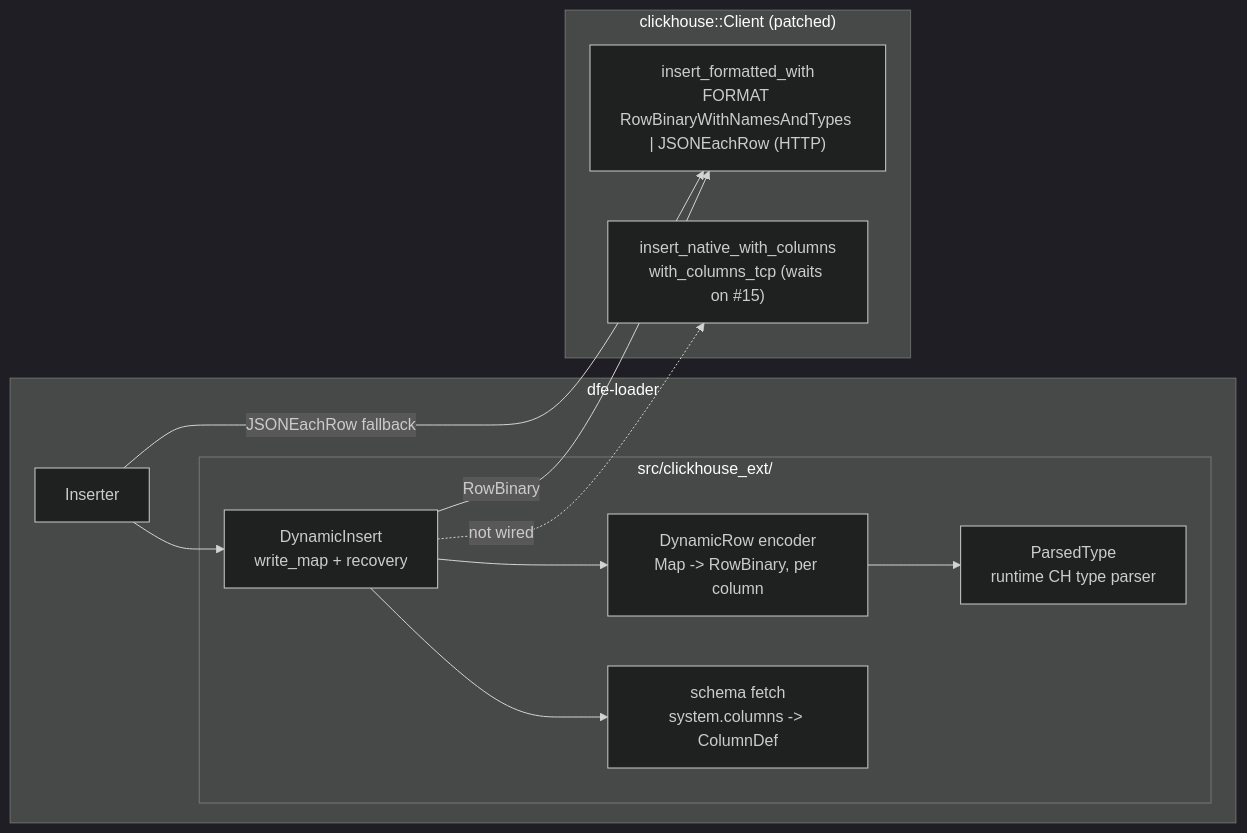
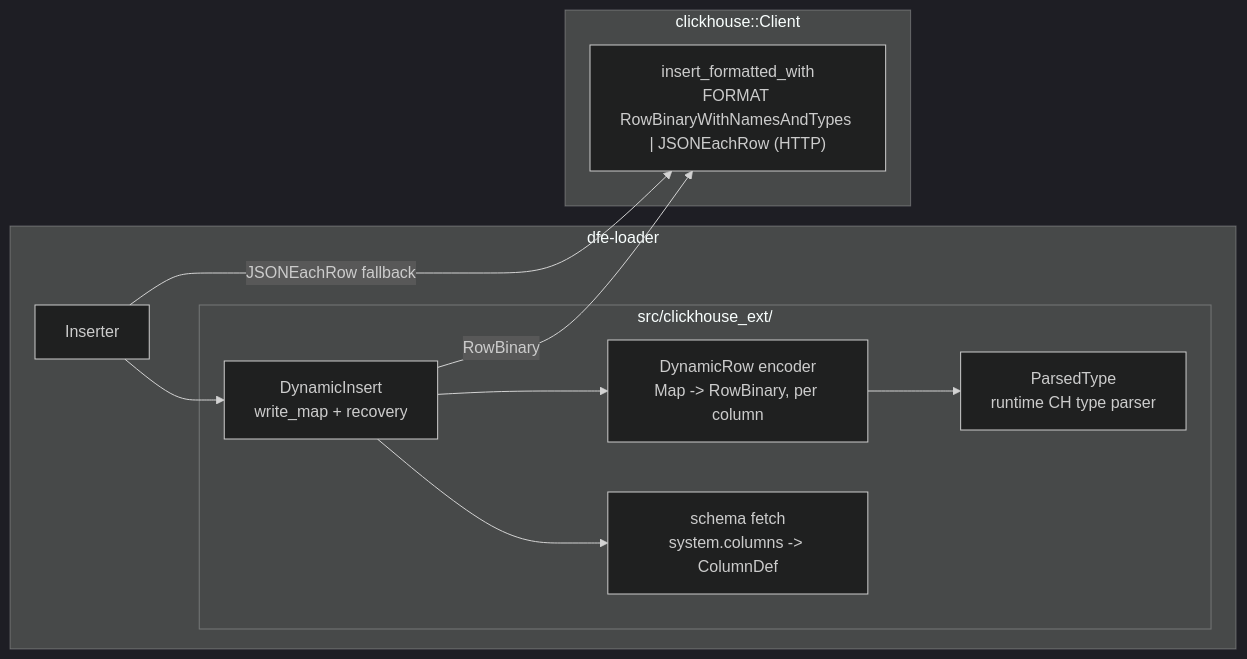
The second of 3 diagrams in docs/architecture.md (hyperi-io/dfe-loader), drawn with Mermaid (dark theme) before and after one commit. The commit also changed other lines of this file and 77 other files, not shown here.

First line of the commit message:
fix: manual remediation of LLM auto fixes -- loader on dfe-clickhouse, not the clickhouse-rs fork (#302)

````diff
--- a/docs/architecture.md
+++ b/docs/architecture.md
@@ -64,23 +68,21 @@
 ```mermaid
 flowchart LR
     subgraph loader["dfe-loader"]
         INS["Inserter"]
         subgraph ext["src/clickhouse_ext/"]
             PT["ParsedType<br/>runtime CH type parser"]
             ENC["DynamicRow encoder<br/>Map -> RowBinary, per column"]
             SCH["schema fetch<br/>system.columns -> ColumnDef"]
             DI["DynamicInsert<br/>write_map + recovery"]
         end
     end
-    subgraph fork["clickhouse::Client (patched)"]
+    subgraph client["clickhouse::Client"]
         IFW["insert_formatted_with<br/>FORMAT RowBinaryWithNamesAndTypes | JSONEachRow (HTTP)"]
-        INC["insert_native_with_columns<br/>with_columns_tcp (waits on #15)"]
     end
 
     INS --> DI
     DI --> ENC --> PT
     DI --> SCH
     DI -->|RowBinary| IFW
-    DI -.->|not wired| INC
     INS -->|JSONEachRow fallback| IFW
 ```
````
